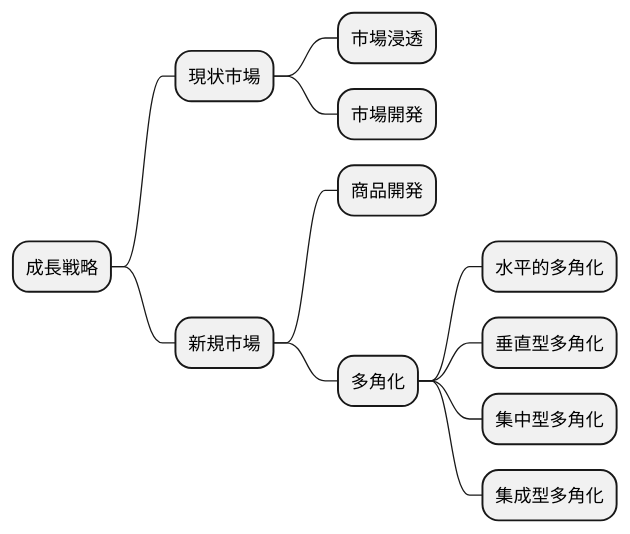
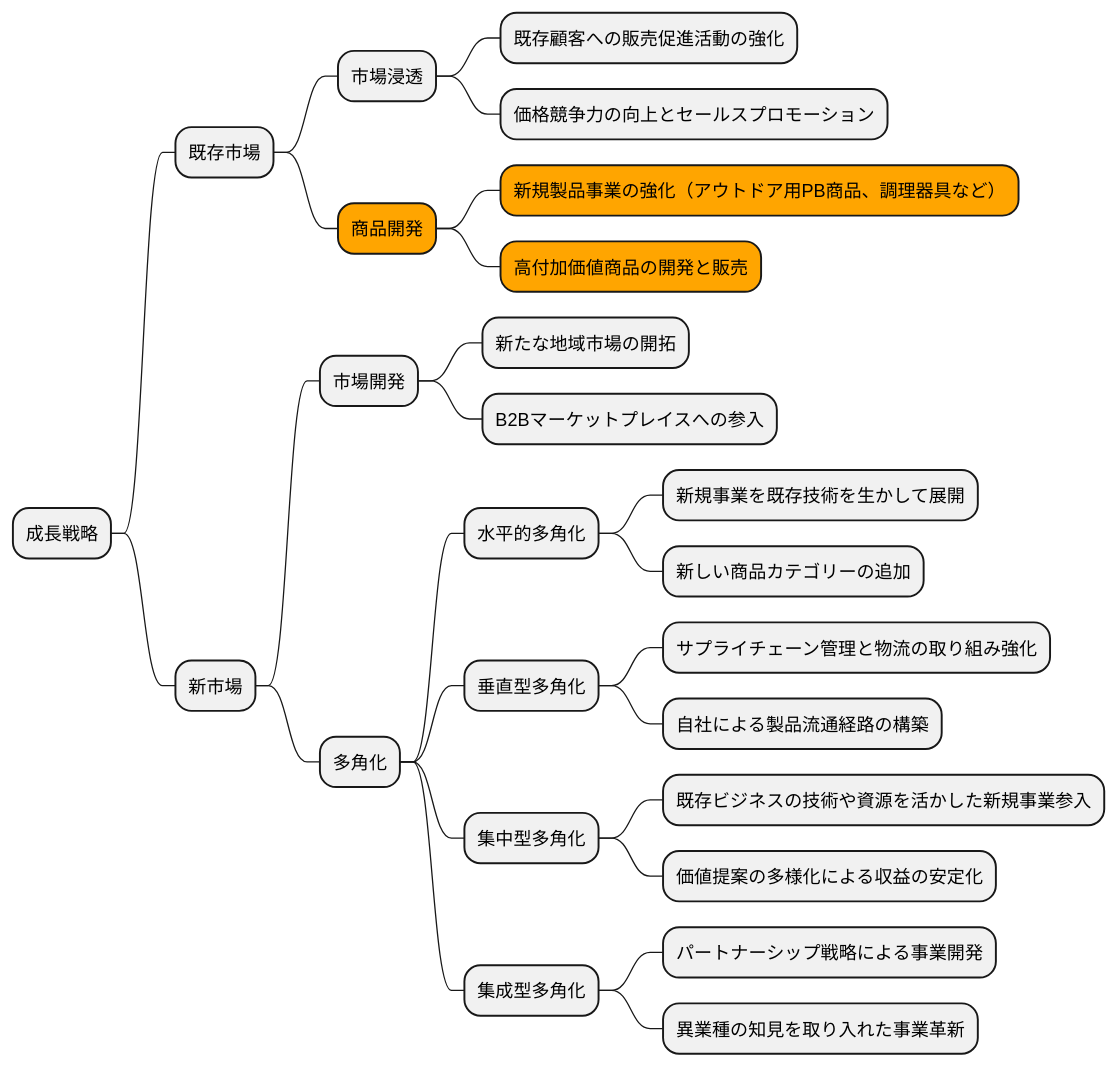
Before and after one commit to k2works/case-sutudy-business-analysis: the sixth of 16 diagrams in docs/case/r04_case_3.adoc, drawn with PlantUML. The commit also changed other lines of this file and 1 other file, not shown here.

```diff
--- a/docs/case/r04_case_3.adoc
+++ b/docs/case/r04_case_3.adoc
@@ -224,18 +237,32 @@
 [plantuml]
 ----
 @startmindmap
 
 * 成長戦略
-** 現状市場
+** 既存市場
 *** 市場浸透
+**** 既存顧客への販売促進活動の強化
+**** 価格競争力の向上とセールスプロモーション
+***[#orange] 商品開発
+****[#orange] 新規製品事業の強化（アウトドア用PB商品、調理器具など）
+****[#orange] 高付加価値商品の開発と販売
+** 新市場
 *** 市場開発
-** 新規市場
-*** 商品開発
+**** 新たな地域市場の開拓
+**** B2Bマーケットプレイスへの参入
 *** 多角化
 **** 水平的多角化
+***** 新規事業を既存技術を生かして展開
+***** 新しい商品カテゴリーの追加
 **** 垂直型多角化
+***** サプライチェーン管理と物流の取り組み強化
+***** 自社による製品流通経路の構築
 **** 集中型多角化
+***** 既存ビジネスの技術や資源を活かした新規事業参入
+***** 価値提案の多様化による収益の安定化
 **** 集成型多角化
+***** パートナーシップ戦略による事業開発
+***** 異業種の知見を取り入れた事業革新
 
 @endmindmap
 ----
```
